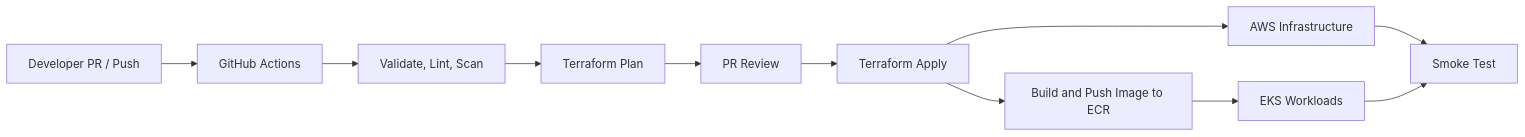
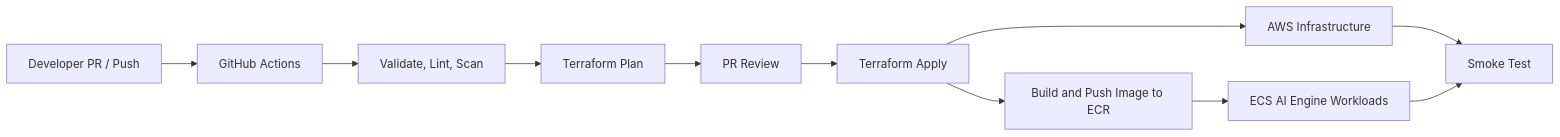
The diagram in docs/tf2-finops/04_deployment_design_vi.md (hungxqt/tf2-finops-docs), drawn with Mermaid before and after one commit. The commit also changed other lines of this file and 23 other files, not shown here.

````diff
--- a/docs/tf2-finops/04_deployment_design_vi.md
+++ b/docs/tf2-finops/04_deployment_design_vi.md
@@ -61,13 +61,13 @@
 ```mermaid
 graph LR
     Dev[Developer PR / Push] --> GHA[GitHub Actions]
     GHA --> CI[Validate, Lint, Scan]
     CI --> Plan[Terraform Plan]
     Plan --> Review[PR Review]
     Review --> Apply[Terraform Apply]
     Apply --> AWS[AWS Infrastructure]
     Apply --> ECR[Build and Push Image to ECR]
-    ECR --> EKS[EKS Workloads]
+    ECR --> ECS[ECS AI Engine Workloads]
     AWS --> Smoke[Smoke Test]
-    EKS --> Smoke
+    ECS --> Smoke
 ```
````
